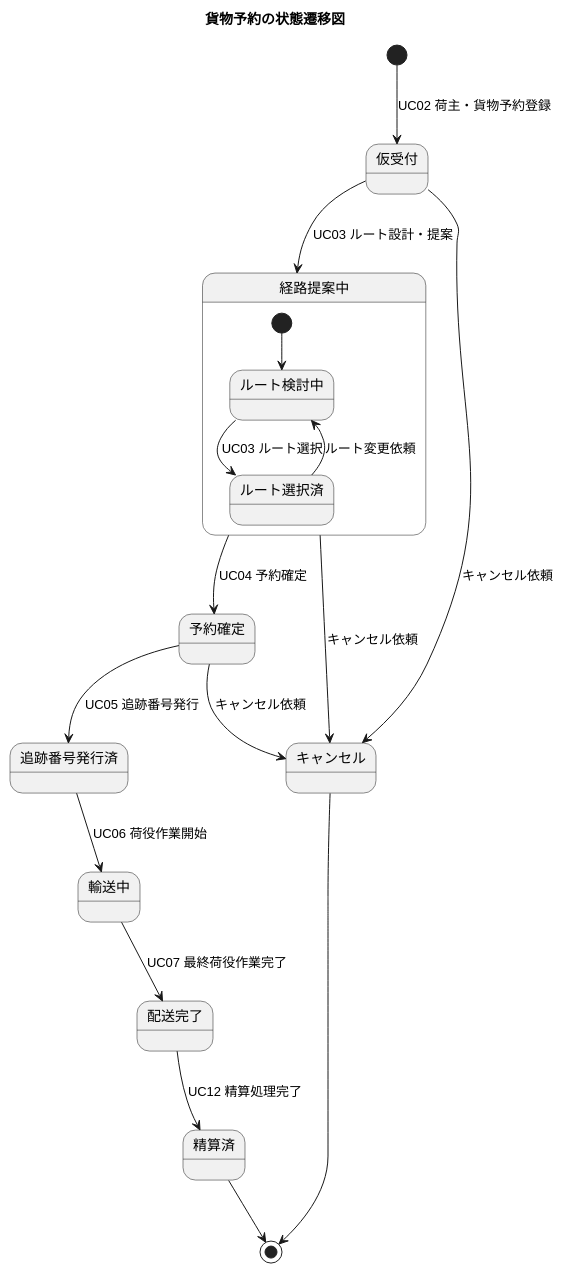
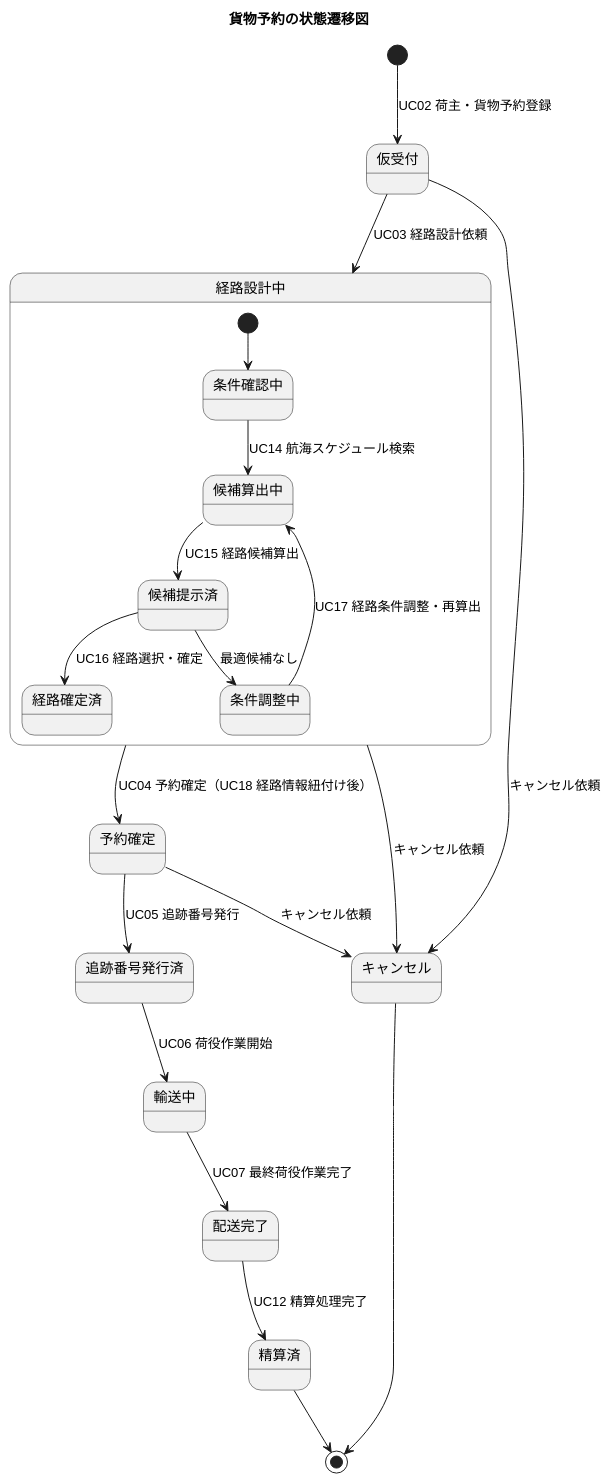
Diagram 20 of 21 in docs/requirements/requirements_definition.md (k2works/case-study-cargo-tracker), drawn with PlantUML before and after one commit. The commit also changed other lines of this file and 3 other files, not shown here.

````diff
--- a/docs/requirements/requirements_definition.md
+++ b/docs/requirements/requirements_definition.md
@@ -785,30 +1007,33 @@
 ```plantuml
 @startuml
 
 title 貨物予約の状態遷移図
 
 [*] --> 仮受付 : UC02 荷主・貨物予約登録
 
-仮受付 --> 経路提案中 : UC03 ルート設計・提案
+仮受付 --> 経路設計中 : UC03 経路設計依頼
 
-state 経路提案中 {
-  [*] --> ルート検討中
-  ルート検討中 --> ルート選択済 : UC03 ルート選択
-  ルート選択済 --> ルート検討中 : ルート変更依頼
+state 経路設計中 {
+  [*] --> 条件確認中
+  条件確認中 --> 候補算出中 : UC14 航海スケジュール検索
+  候補算出中 --> 候補提示済 : UC15 経路候補算出
+  候補提示済 --> 経路確定済 : UC16 経路選択・確定
+  候補提示済 --> 条件調整中 : 最適候補なし
+  条件調整中 --> 候補算出中 : UC17 経路条件調整・再算出
 }
 
-経路提案中 --> 予約確定 : UC04 予約確定
+経路設計中 --> 予約確定 : UC04 予約確定（UC18 経路情報紐付け後）
 予約確定 --> 追跡番号発行済 : UC05 追跡番号発行
 追跡番号発行済 --> 輸送中 : UC06 荷役作業開始
 
 輸送中 --> 配送完了 : UC07 最終荷役作業完了
 配送完了 --> 精算済 : UC12 精算処理完了
 精算済 --> [*]
 
 仮受付 --> キャンセル : キャンセル依頼
-経路提案中 --> キャンセル : キャンセル依頼
+経路設計中 --> キャンセル : キャンセル依頼
 予約確定 --> キャンセル : キャンセル依頼
 キャンセル --> [*]
 
 @enduml
 ```
````
